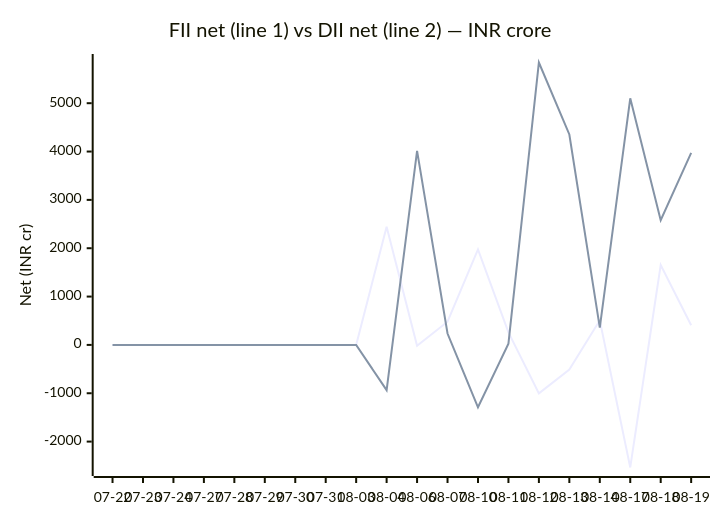
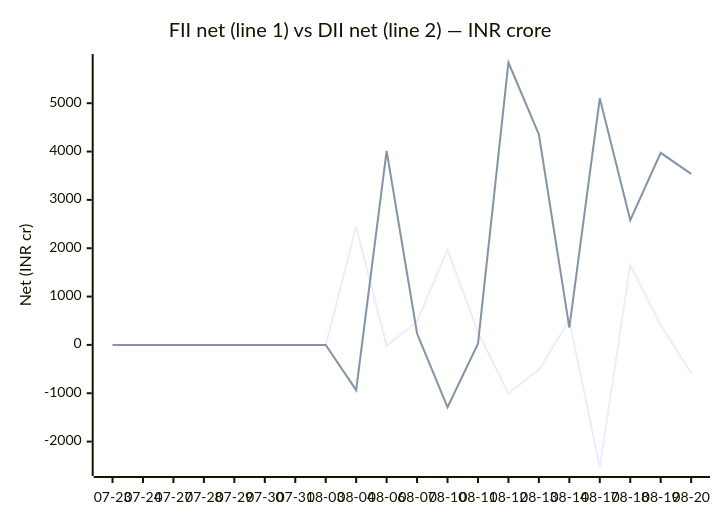
The second of 2 diagrams in README.md (chirag127/fii-dii-activity-api), drawn with Mermaid before and after one commit. The commit also changed 2 other files, not shown here.

Commit message:
data: scrape 2026-08-21

````diff
--- a/README.md
+++ b/README.md
@@ -53,8 +53,8 @@
 ```mermaid
 xychart-beta
     title "FII net (line 1) vs DII net (line 2) — INR crore"
-    x-axis ["07-22", "07-23", "07-24", "07-27", "07-28", "07-29", "07-30", "07-31", "08-03", "08-04", "08-06", "08-07", "08-10", "08-11", "08-12", "08-13", "08-14", "08-17", "08-18", "08-19"]
+    x-axis ["07-23", "07-24", "07-27", "07-28", "07-29", "07-30", "07-31", "08-03", "08-04", "08-06", "08-07", "08-10", "08-11", "08-12", "08-13", "08-14", "08-17", "08-18", "08-19", "08-20"]
     y-axis "Net (INR cr)" -2536 --> 5842
-    line [0, 0, 0, 0, 0, 0, 0, 0, 0, 2446.47, -17.86, 480.24, 1974.76, 258.55, -1002.5, -510.69, 508.12, -2535.1, 1651.53, 407.99]
-    line [0, 0, 0, 0, 0, 0, 0, 0, 0, -936.14, 4013.6, 235.56, -1290.29, 24.77, 5841.66, 4353.09, 356.4, 5101.46, 2579.31, 3973.72]
+    line [0, 0, 0, 0, 0, 0, 0, 0, 2446.47, -17.86, 480.24, 1974.76, 258.55, -1002.5, -510.69, 508.12, -2535.1, 1651.53, 407.99, -583.36]
+    line [0, 0, 0, 0, 0, 0, 0, 0, -936.14, 4013.6, 235.56, -1290.29, 24.77, 5841.66, 4353.09, 356.4, 5101.46, 2579.31, 3973.72, 3537.71]
 ```
````
